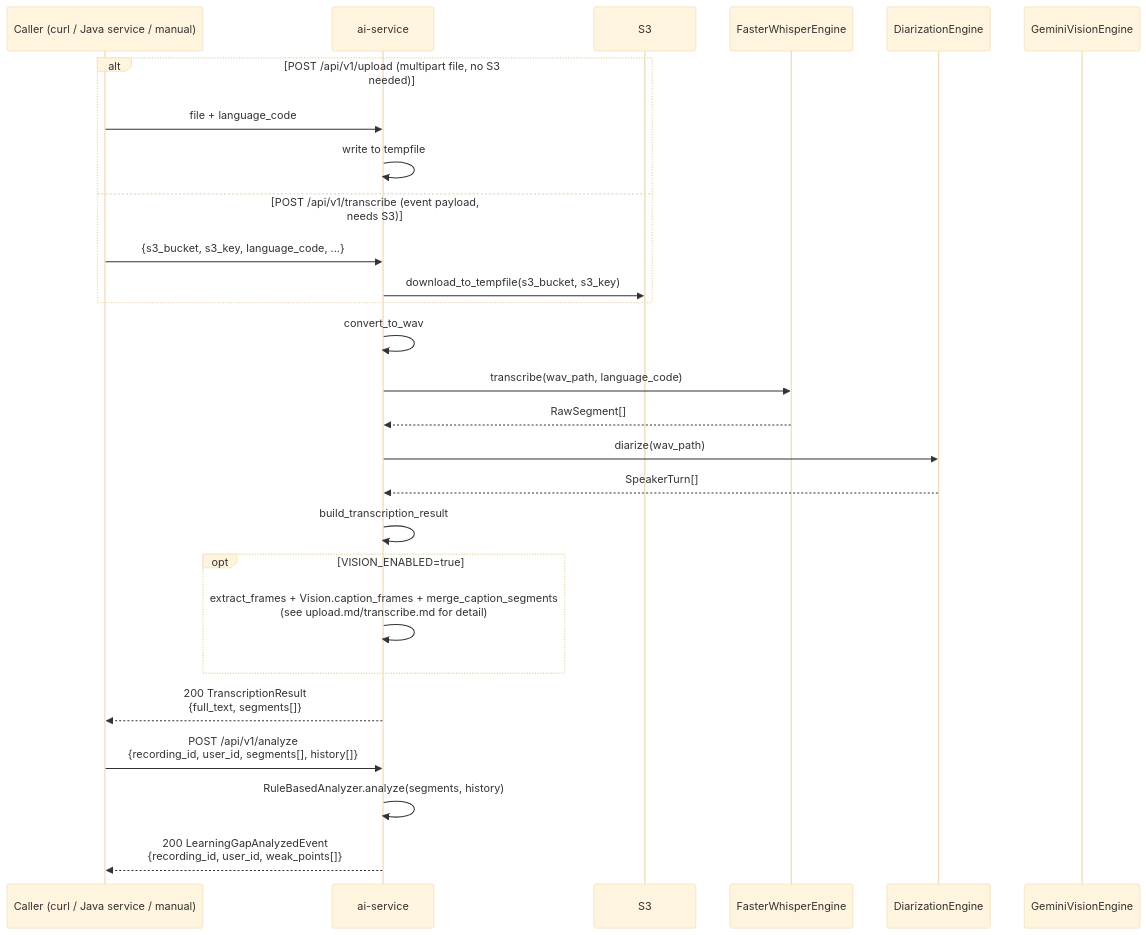
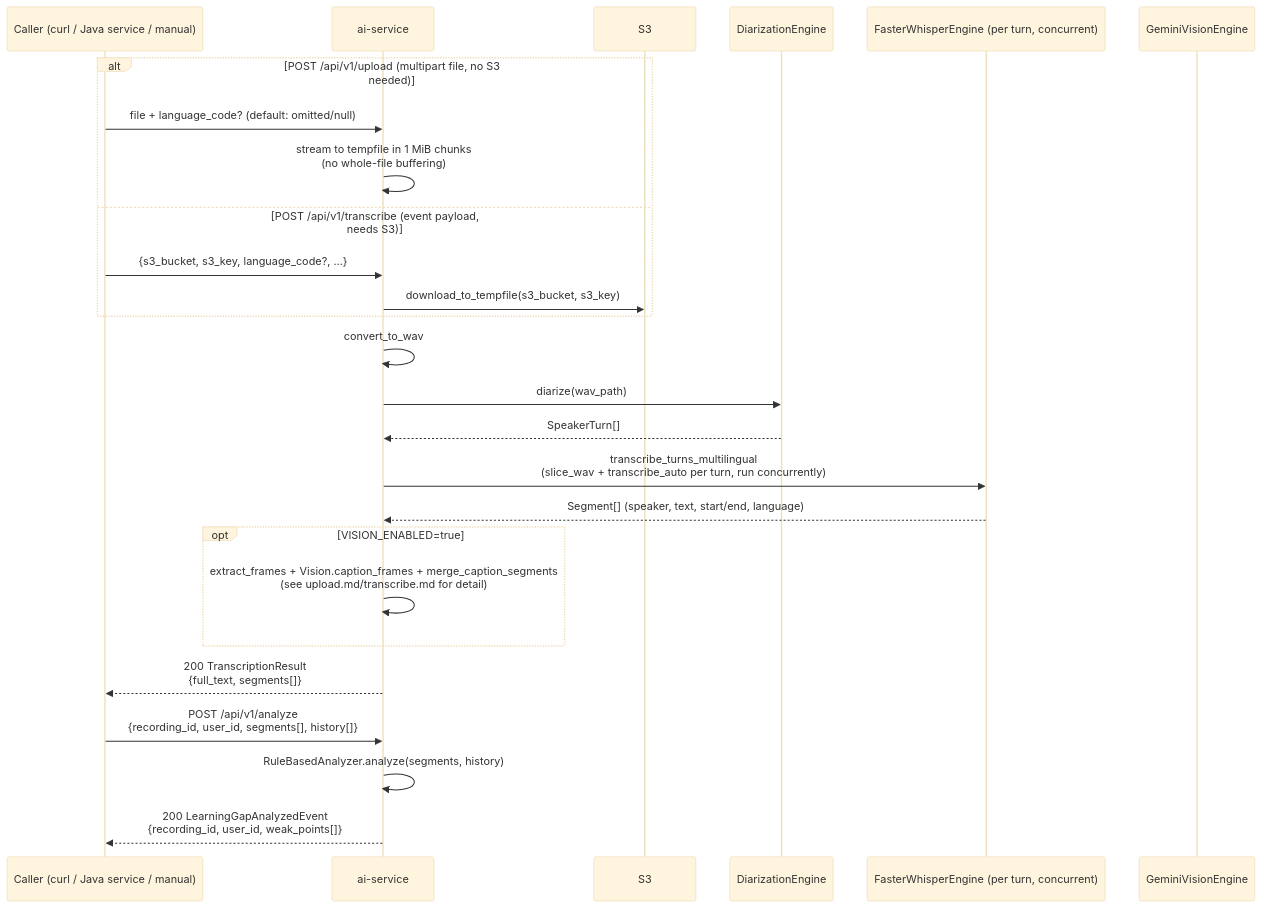
One commit to CuongNguyen13/RemeLearning changed the second of 2 diagrams in docs/sequence/Ai_service/overview.md. Above: the diagram before and after it, drawn with Mermaid. The commit also changed other lines of this file and 90 other files, not shown here.

````diff
--- a/docs/sequence/Ai_service/overview.md
+++ b/docs/sequence/Ai_service/overview.md
@@ -69,39 +79,38 @@
 ```mermaid
 ---
 config:
   theme: base
   themeVariables:
     background: '#ffffff'
 ---
 sequenceDiagram
     participant Caller as Caller (curl / Java service / manual)
     participant AI as ai-service
     participant S3
-    participant Whisper as FasterWhisperEngine
     participant Diar as DiarizationEngine
+    participant Whisper as FasterWhisperEngine (per turn, concurrent)
     participant Vision as GeminiVisionEngine
 
     alt POST /api/v1/upload (multipart file, no S3 needed)
-        Caller->>AI: file + language_code
-        AI->>AI: write to tempfile
+        Caller->>AI: file + language_code? (default: omitted/null)
+        AI->>AI: stream to tempfile in 1 MiB chunks<br/>(no whole-file buffering)
     else POST /api/v1/transcribe (event payload, needs S3)
-        Caller->>AI: {s3_bucket, s3_key, language_code, ...}
+        Caller->>AI: {s3_bucket, s3_key, language_code?, ...}
         AI->>S3: download_to_tempfile(s3_bucket, s3_key)
     end
     AI->>AI: convert_to_wav
-    AI->>Whisper: transcribe(wav_path, language_code)
-    Whisper-->>AI: RawSegment[]
     AI->>Diar: diarize(wav_path)
     Diar-->>AI: SpeakerTurn[]
-    AI->>AI: build_transcription_result
+    AI->>Whisper: transcribe_turns_multilingual<br/>(slice_wav + transcribe_auto per turn, run concurrently)
+    Whisper-->>AI: Segment[] (speaker, text, start/end, language)
 
     opt VISION_ENABLED=true
         AI->>AI: extract_frames + Vision.caption_frames + merge_caption_segments<br/>(see upload.md/transcribe.md for detail)
     end
 
     AI-->>Caller: 200 TranscriptionResult<br/>{full_text, segments[]}
 
     Caller->>AI: POST /api/v1/analyze<br/>{recording_id, user_id, segments[], history[]}
     AI->>AI: RuleBasedAnalyzer.analyze(segments, history)
     AI-->>Caller: 200 LearningGapAnalyzedEvent<br/>{recording_id, user_id, weak_points[]}
 ```
````
